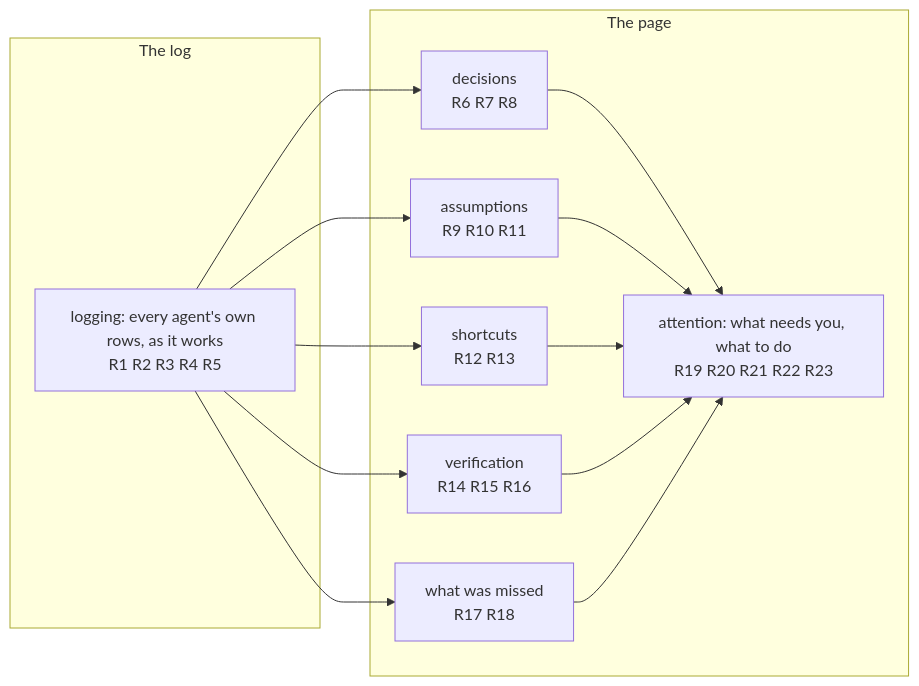
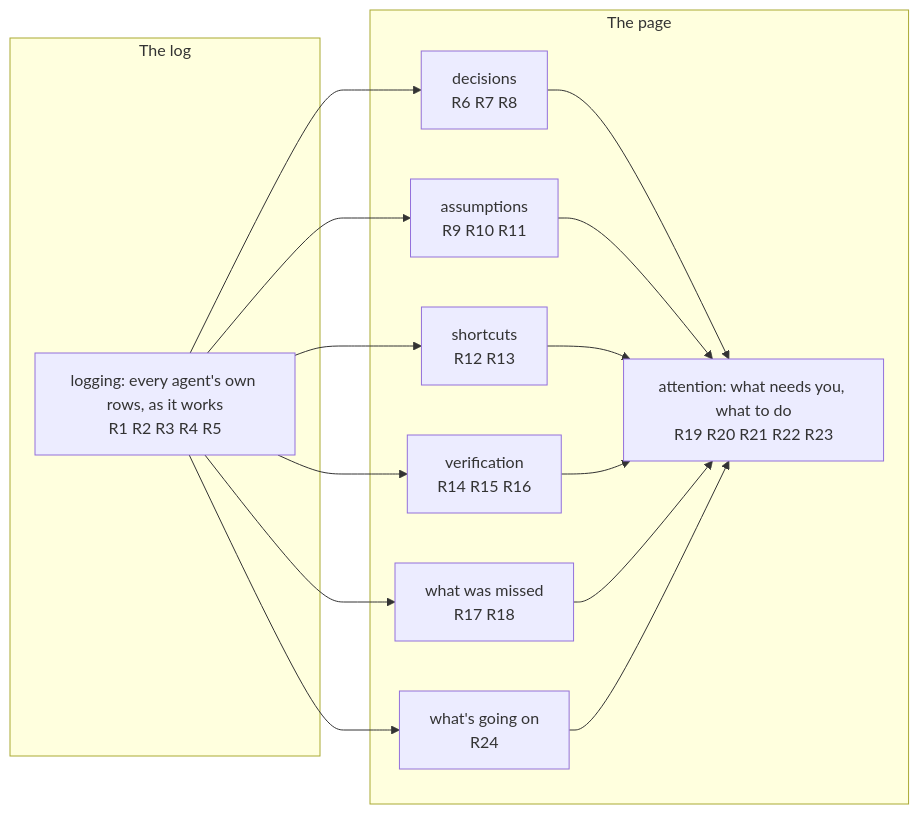
The first of 3 diagrams in docs/wip/skills-authoring/2026-11-06-show-me-your-work-record/specification.md (ShravanSunder/sunstack), drawn with Mermaid before and after one commit. The commit also changed other lines of this file and 12 other files, not shown here.

Commit message:
docs(smyw-record): review round 1: U12/R24 what's going on per workstream, two-step write with replayed ids, second-hand rows missed, writer keys by session, full own-call oracle, real retry probe, phone width, agent index

````diff
--- a/docs/wip/skills-authoring/2026-11-06-show-me-your-work-record/specification.md
+++ b/docs/wip/skills-authoring/2026-11-06-show-me-your-work-record/specification.md
@@ -11,24 +11,27 @@
 ```mermaid
 flowchart LR
   subgraph log["The log"]
     G["logging: every agent's own rows, as it works<br/>R1 R2 R3 R4 R5"]
   end
   subgraph page["The page"]
     T["attention: what needs you, what to do<br/>R19 R20 R21 R22 R23"]
     D["decisions<br/>R6 R7 R8"]
     A["assumptions<br/>R9 R10 R11"]
     S["shortcuts<br/>R12 R13"]
     V["verification<br/>R14 R15 R16"]
     M["what was missed<br/>R17 R18"]
+    W["what's going on<br/>R24"]
   end
   G --> D
   G --> A
   G --> S
   G --> V
   G --> M
+  G --> W
   D --> T
   A --> T
   S --> T
   V --> T
   M --> T
+  W --> T
 ```
````
